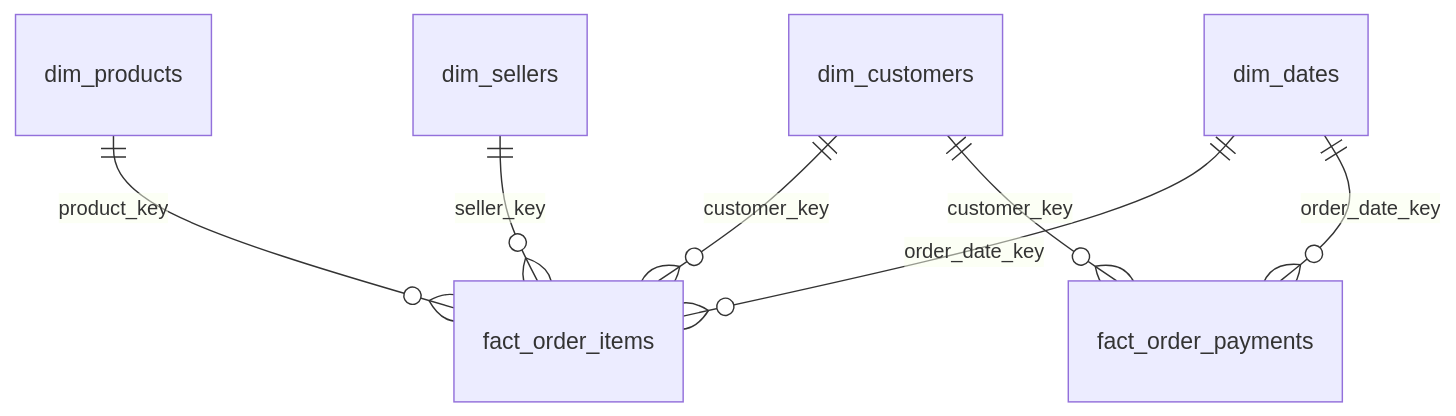
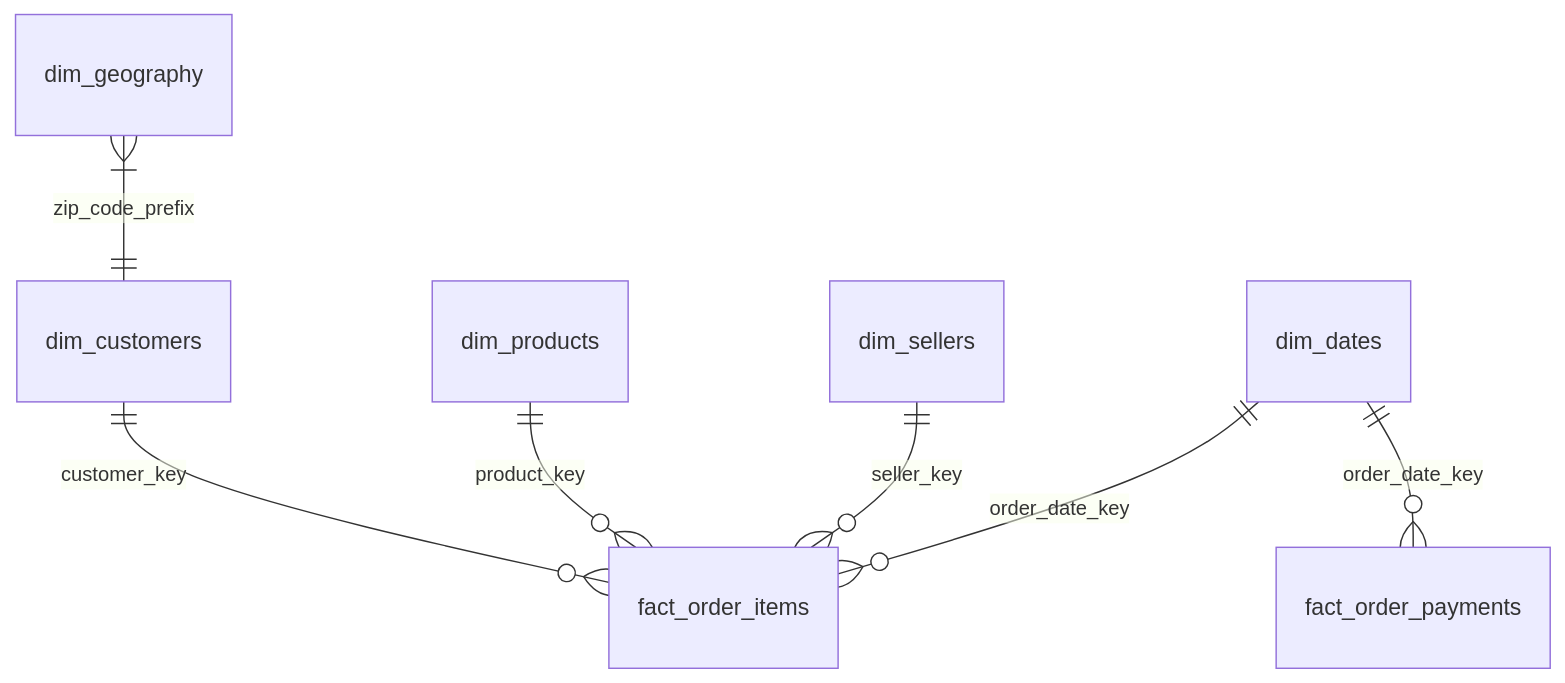
Before and after one commit to bigturtle679/E-Commerce_DataAnalytics_Platform: the second of 3 diagrams in README.md, drawn with Mermaid. The commit also changed other lines of this file and 36 other files, not shown here.

````diff
--- a/README.md
+++ b/README.md
@@ -154,9 +174,9 @@
 ```mermaid
 erDiagram
     dim_customers ||--o{ fact_order_items : "customer_key"
     dim_products ||--o{ fact_order_items : "product_key"
     dim_sellers ||--o{ fact_order_items : "seller_key"
     dim_dates ||--o{ fact_order_items : "order_date_key"
     dim_dates ||--o{ fact_order_payments : "order_date_key"
-    dim_customers ||--o{ fact_order_payments : "customer_key"
+    dim_geography }|--|| dim_customers : "zip_code_prefix"
 ```
````
